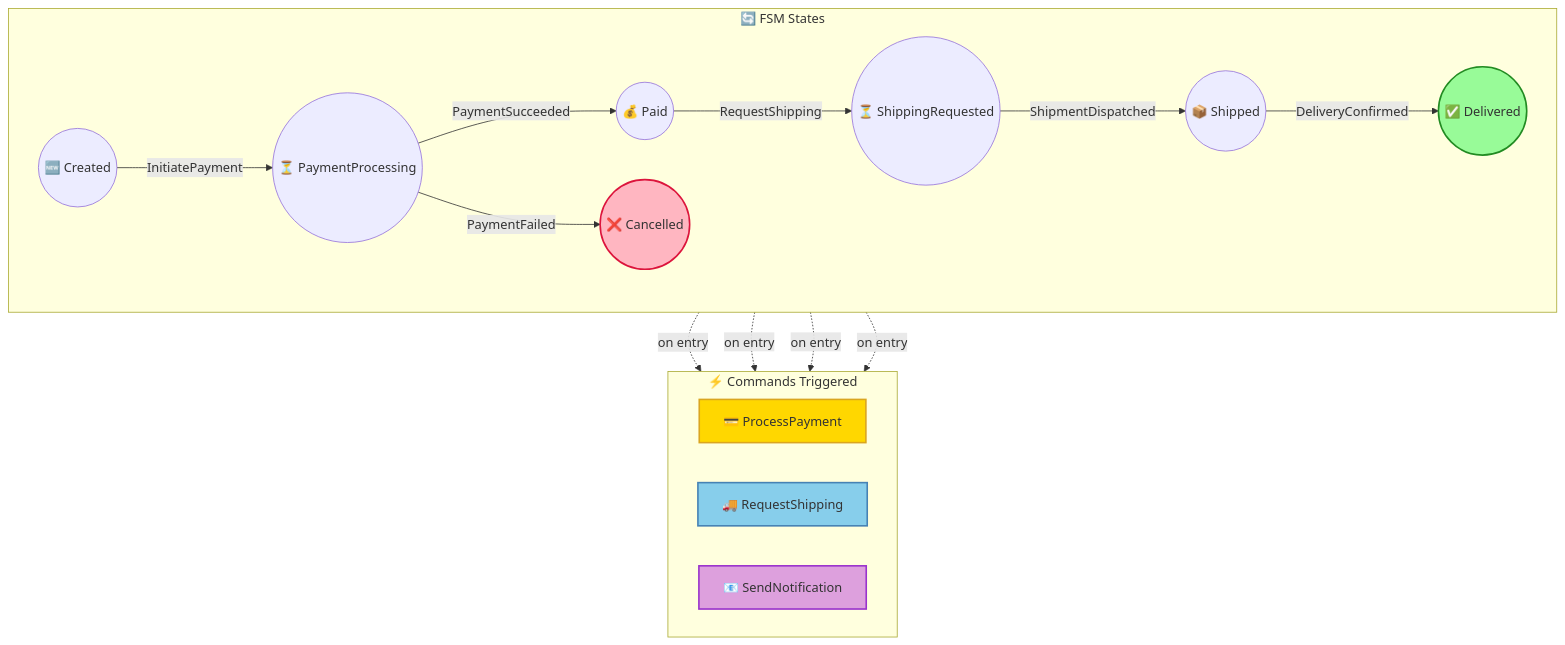
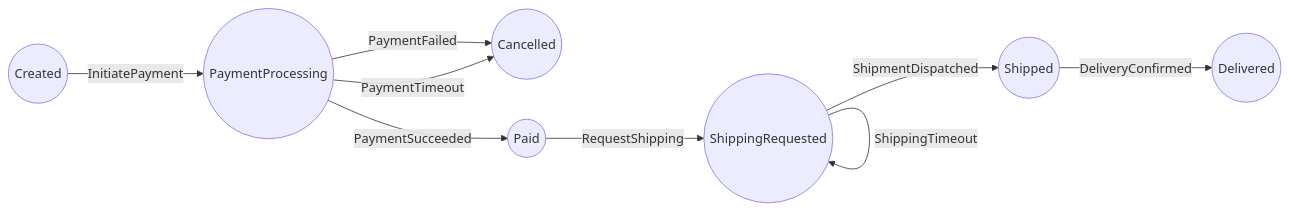
Before and after one commit to Iterable/mechanoid: the second of 3 diagrams in docs/visualizations/order-fsm-structure.md, drawn with Mermaid. The commit also changed other lines of this file and 10 other files, not shown here.

````diff
--- a/docs/visualizations/order-fsm-structure.md
+++ b/docs/visualizations/order-fsm-structure.md
@@ -18,37 +25,20 @@
 ```mermaid
-flowchart TB
-    subgraph FSM["🔄 FSM States"]
-        direction LR
-        Shipped(("📦 Shipped"))
-        PaymentProcessing(("⏳ PaymentProcessing"))
-        ShippingRequested(("⏳ ShippingRequested"))
-        Delivered(("✅ Delivered"))
-        Cancelled(("❌ Cancelled"))
-        Paid(("💰 Paid"))
-        Created(("🆕 Created"))
-        Created -->|InitiatePayment| PaymentProcessing
-        PaymentProcessing -->|PaymentSucceeded| Paid
-        PaymentProcessing -->|PaymentFailed| Cancelled
-        Paid -->|RequestShipping| ShippingRequested
-        ShippingRequested -->|ShipmentDispatched| Shipped
-        Shipped -->|DeliveryConfirmed| Delivered
-    end
+flowchart LR
+    Shipped((Shipped))
+    PaymentProcessing((PaymentProcessing))
+    ShippingRequested((ShippingRequested))
+    Delivered((Delivered))
+    Cancelled((Cancelled))
+    Paid((Paid))
+    Created((Created))
 
-    subgraph Commands["⚡ Commands Triggered"]
-        direction LR
-        ProcessPayment["💳 ProcessPayment"]
-        RequestShipping["🚚 RequestShipping"]
-        SendNotification["📧 SendNotification"]
-    end
+    Created -->|InitiatePayment| PaymentProcessing
+    PaymentProcessing -->|PaymentSucceeded| Paid
+    PaymentProcessing -->|PaymentFailed| Cancelled
+    PaymentProcessing -->|PaymentTimeout| Cancelled
+    Paid -->|RequestShipping| ShippingRequested
+    ShippingRequested -->|ShipmentDispatched| Shipped
+    ShippingRequested -->|ShippingTimeout| ShippingRequested
+    Shipped -->|DeliveryConfirmed| Delivered
 
-    PaymentProcessing -.->|on entry| ProcessPayment
-    Paid -.->|on entry| RequestShipping
-    Paid -.->|on entry| SendNotification
-    Shipped -.->|on entry| SendNotification
-
-    style Delivered fill:#98FB98,stroke:#228B22,stroke-width:2px
-    style Cancelled fill:#FFB6C1,stroke:#DC143C,stroke-width:2px
-    style ProcessPayment fill:#FFD700,stroke:#DAA520,stroke-width:2px
-    style RequestShipping fill:#87CEEB,stroke:#4682B4,stroke-width:2px
-    style SendNotification fill:#DDA0DD,stroke:#9932CC,stroke-width:2px
 ```
````
